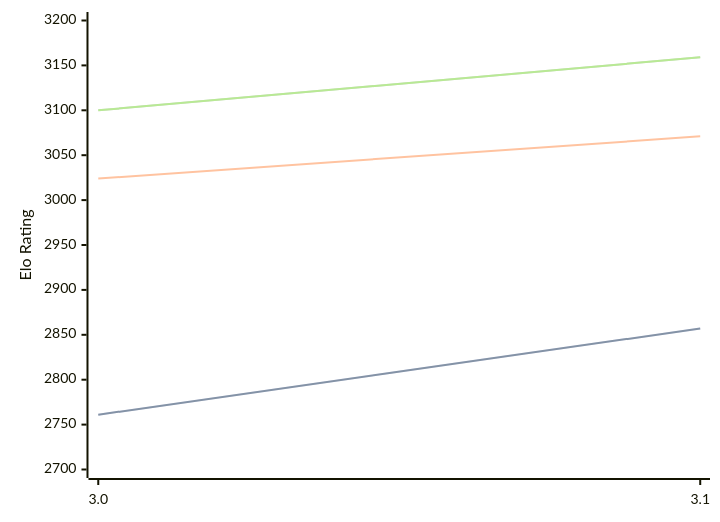
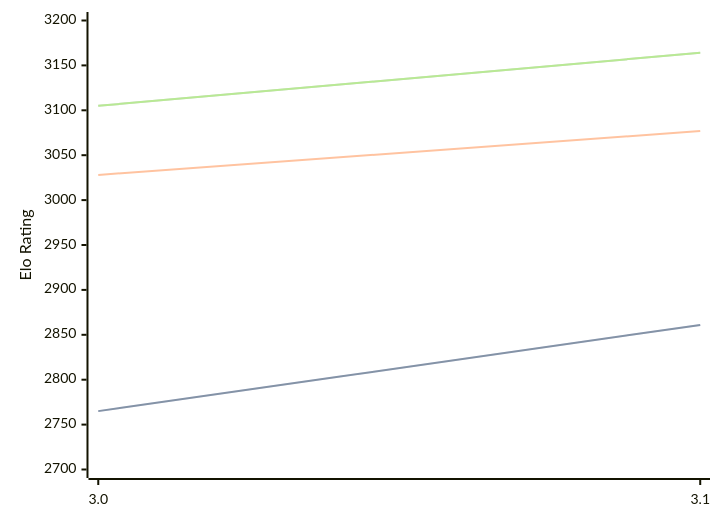
One commit to computer-chess-index/cci changed the diagram in engines/Vajolet2.md. Above: the diagram before and after it, drawn with Mermaid. The commit also changed other lines of this file, not shown here.

Commit message:
Update CCI Ratings (ELO VLTC) - 2026-04-14

````diff
--- a/engines/Vajolet2.md
+++ b/engines/Vajolet2.md
@@ -40,11 +40,11 @@
 ```mermaid
 %%{init: {"theme":"base","themeVariables":{"seriesColors:['#a3a3a3','#222221','#faa371']}}}%%
 xychart-beta
   x-axis ["3.0", "3.1"]
   y-axis "Elo Rating" 2700 --> 3200
-  line "STC (8.0+0.08s)" [2761, 2857]
-  line "STC (8.0+0.08s)" [2761, 2857]
-  line "LTC (60.0+0.60s)" [3024, 3071]
-  line "VLTC (2m24s+1.12s)" [3100, 3159]
-  line "VLTC (2m24s+1.12s)" [3100, 3159]
+  line "STC (8.0+0.08s)" [2765, 2861]
+  line "STC (8.0+0.08s)" [2765, 2861]
+  line "LTC (60.0+0.60s)" [3028, 3077]
+  line "VLTC (2m24s+1.12s)" [3105, 3164]
+  line "VLTC (2m24s+1.12s)" [3105, 3164]
 ```
````
